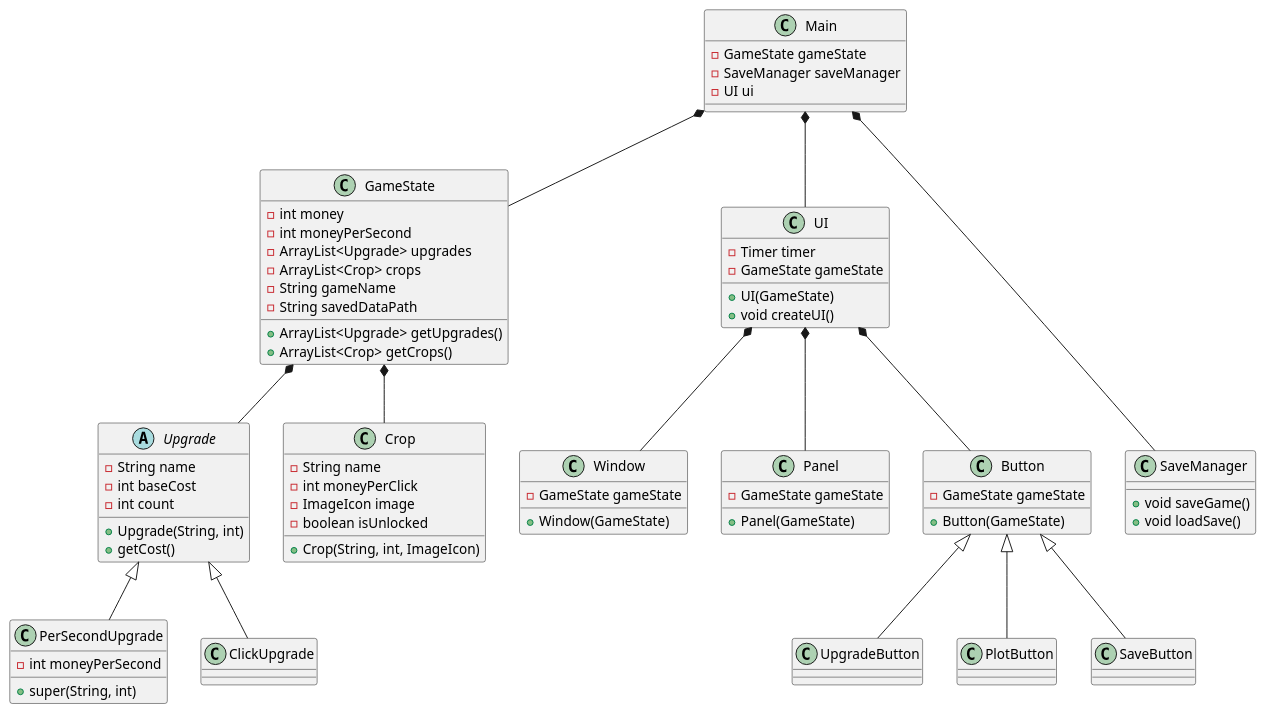
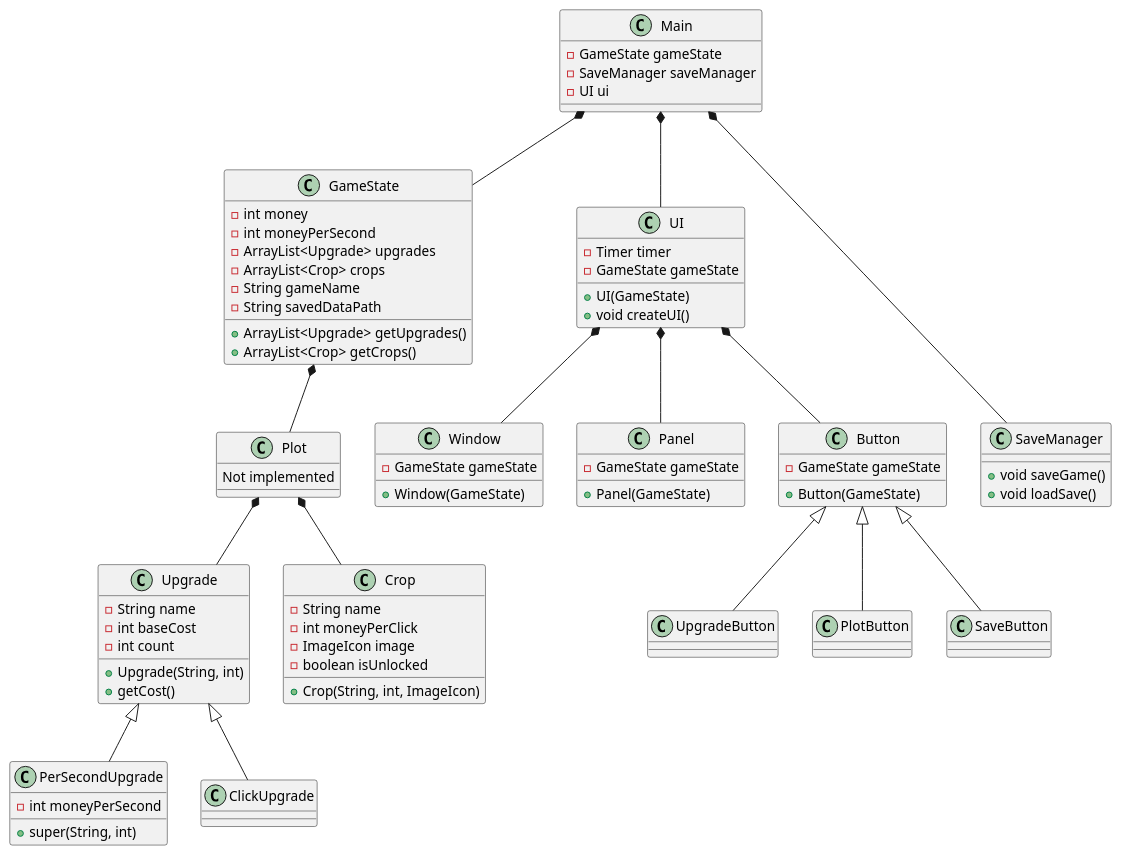
Before and after one commit to JonasChristoffersen/GameSideProject: the diagram in doc/classdiagram.puml, drawn with PlantUML.

Commit message:
chore(docs): update class diagram

```diff
--- a/doc/classdiagram.puml
+++ b/doc/classdiagram.puml
@@ -1,102 +1,107 @@
 @startuml
 
 class Main{
     -GameState gameState
     -SaveManager saveManager
     -UI ui
 }
 
 class GameState{
     -int money
     -int moneyPerSecond
     -ArrayList<Upgrade> upgrades
     -ArrayList<Crop> crops
     -String gameName
     -String savedDataPath
     +ArrayList<Upgrade> getUpgrades()
     +ArrayList<Crop> getCrops()
 }
 
 class UI{
     -Timer timer
     -GameState gameState
     +UI(GameState)
     +void createUI()
 }
 
 class Window{
     -GameState gameState
     +Window(GameState)
 }
 
 class Panel{
     -GameState gameState
     +Panel(GameState)
 }
 
 class Button{
     -GameState gameState
     +Button(GameState)
 }
 
 class UpgradeButton{
 }
 
 class PlotButton{
 }
 
 class SaveButton{
 }
 
-abstract class Upgrade{
+class Plot {
+    Not implemented
+}
+
+class Upgrade{
     -String name
     -int baseCost
     -int count
     +Upgrade(String, int)
     +getCost()
 }
 
 class PerSecondUpgrade{
     +super(String, int)
     -int moneyPerSecond
 }
 
 class ClickUpgrade
 
 class Crop{
     -String name
     -int moneyPerClick
     -ImageIcon image
     -boolean isUnlocked
     +Crop(String, int, ImageIcon)
 }
 
 class SaveManager{
     +void saveGame()
     +void loadSave()
 }
 
 Main *-- GameState
 Main *-- UI
 Main *--- SaveManager
 
-GameState *-- Upgrade
+GameState *-- Plot
+Plot *-- Upgrade
+Plot *-- Crop
 Upgrade <|-- PerSecondUpgrade
 Upgrade <|-- ClickUpgrade
-GameState *-- Crop
 
 Button <|-- UpgradeButton
 Button <|-- PlotButton
 Button <|-- SaveButton
 
 UI *-- Window
 UI *-- Panel
 UI *-- Button
 
 /'
 JPanel <|-- Panel
 JFrame <|-- Window
 JButton <|-- Button
 '/
 
 @enduml
```
